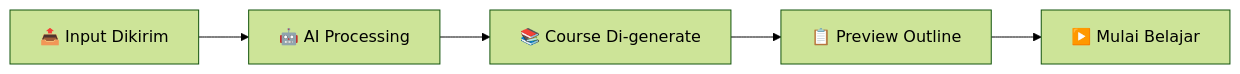
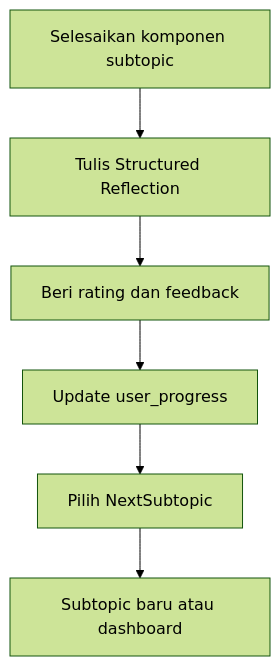
Before and after one commit to GlennAyden/PrincipleLearnV2: the third of 3 diagrams in docs/thesis/USER_JOURNEY.md, drawn with Mermaid (forest theme). The commit also changed other lines of this file and 21 other files, not shown here.

````diff
--- a/docs/thesis/USER_JOURNEY.md
+++ b/docs/thesis/USER_JOURNEY.md
@@ -121,7 +180,8 @@
 ```mermaid
-flowchart LR
-    A["📤 Input Dikirim"] --> B["🤖 AI Processing"]
-    B --> C["📚 Course Di-generate"]
-    C --> D["📋 Preview Outline"]
-    D --> E["▶️ Mulai Belajar"]
+flowchart TD
+    A[Selesaikan komponen subtopic] --> B[Tulis Structured Reflection]
+    B --> C[Beri rating dan feedback]
+    C --> D[Update user_progress]
+    D --> E[Pilih NextSubtopic]
+    E --> F[Subtopic baru atau dashboard]
 ```
````
